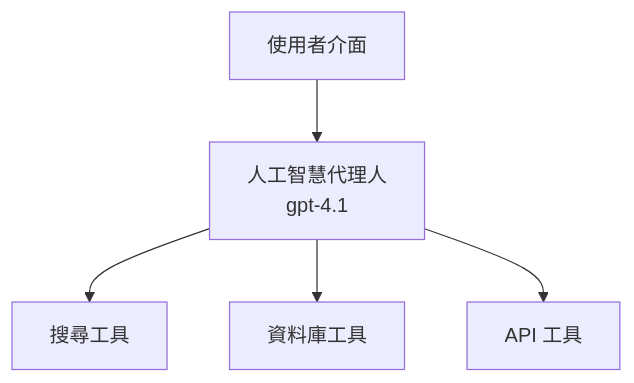
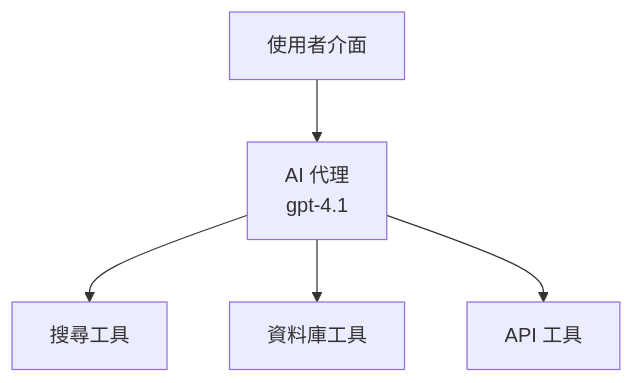
Before and after one commit to microsoft/AZD-for-beginners: the first of 3 diagrams in translations/zh-TW/docs/chapter-02-ai-development/agents.md, drawn with Mermaid. The commit also changed other lines of this file and 61 other files, not shown here.

````diff
--- a/translations/zh-TW/docs/chapter-02-ai-development/agents.md
+++ b/translations/zh-TW/docs/chapter-02-ai-development/agents.md
@@ -162,7 +162,7 @@
 ```mermaid
 graph TD
-    UI[使用者介面] --> Agent[人工智慧代理人<br/>gpt-4.1]
+    UI[使用者介面] --> Agent[AI 代理<br/>gpt-4.1]
     Agent --> Search[搜尋工具]
     Agent --> Database[資料庫工具]
     Agent --> API[API 工具]
 ```
````
